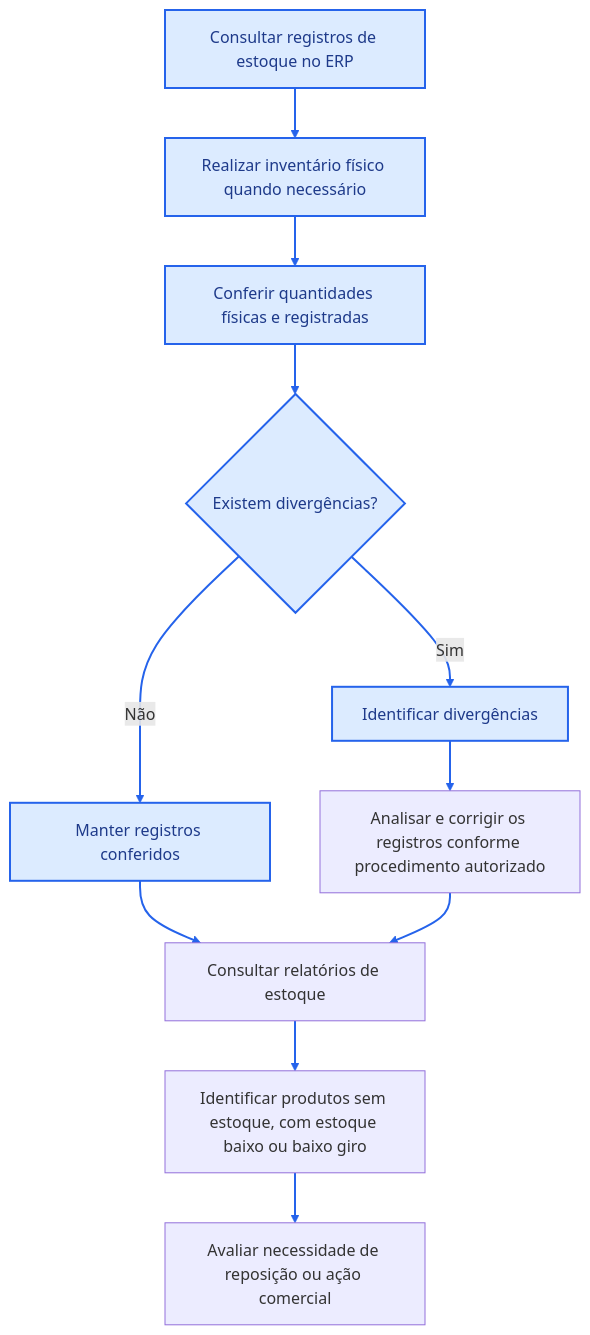
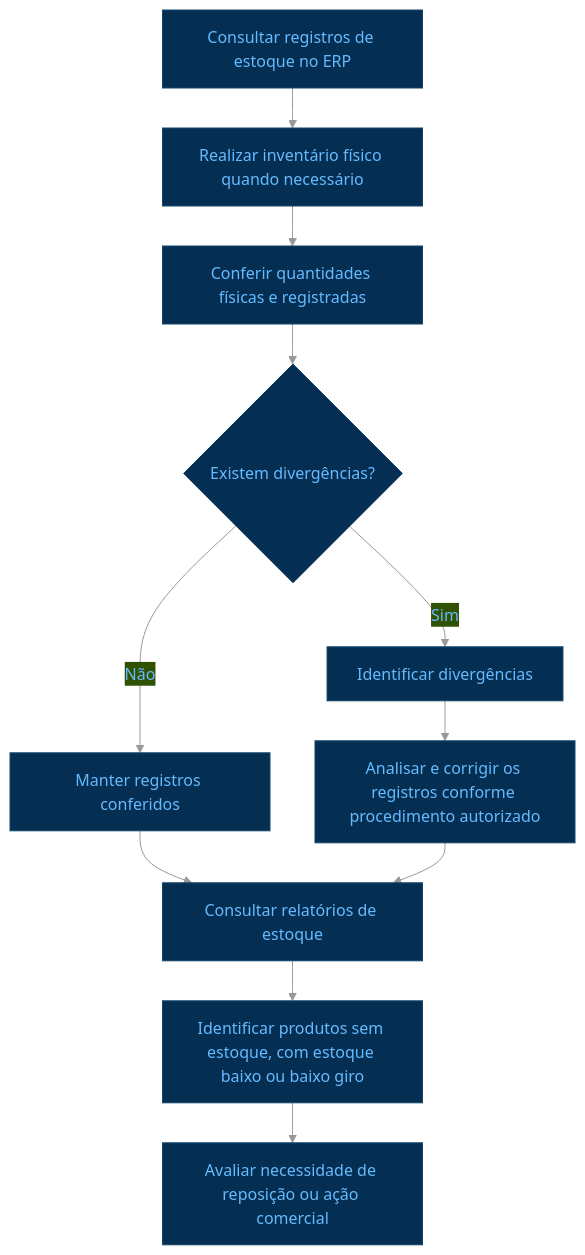
One commit to SamanthaPaula/Modelagem_BD_Ansarah changed the second of 16 diagrams in README.md. Above: the diagram before and after it, drawn with Mermaid.

````diff
--- a/README.md
+++ b/README.md
@@ -120,18 +120,15 @@
 ```mermaid
+%%{init: {"flowchart": {"htmlLabels": true, "nodeSpacing": 45, "rankSpacing": 40}, "theme": "base", "themeVariables": {"background": "#000000", "primaryColor": "#052f52", "primaryTextColor": "#66baff", "primaryBorderColor": "#12466b", "lineColor": "#999999", "fontFamily": "Arial"}}}%%
 flowchart TD
     A["Consultar registros de estoque no ERP"] --> B["Realizar inventário físico quando necessário"]
     B --> C["Conferir quantidades físicas e registradas"]
     C --> D{"Existem divergências?"}
     D -- "Não" --> E["Manter registros conferidos"]
     D -- "Sim" --> F["Identificar divergências"]
     F --> G["Analisar e corrigir os registros conforme procedimento autorizado"]
     E --> H["Consultar relatórios de estoque"]
     G --> H
     H --> I["Identificar produtos sem estoque, com estoque baixo ou baixo giro"]
     I --> J["Avaliar necessidade de reposição ou ação comercial"]
 
-
-    classDef azul fill:#DCEBFF,stroke:#2563EB,color:#1E3A8A,stroke-width:2px
-    class A,B,C,D,E,F azul
-    linkStyle default stroke:#2563EB,stroke-width:2px
 ```
````
